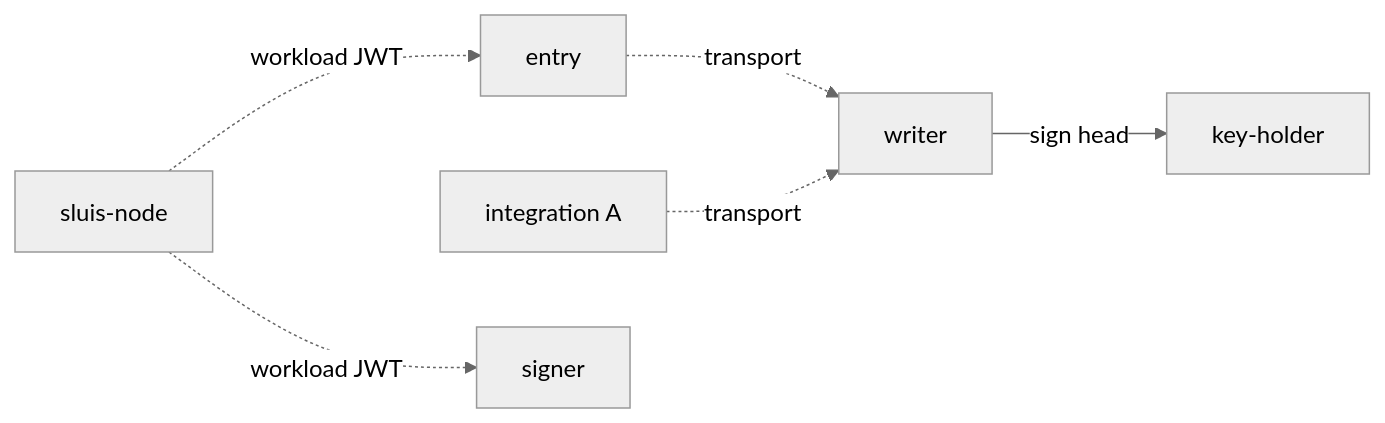
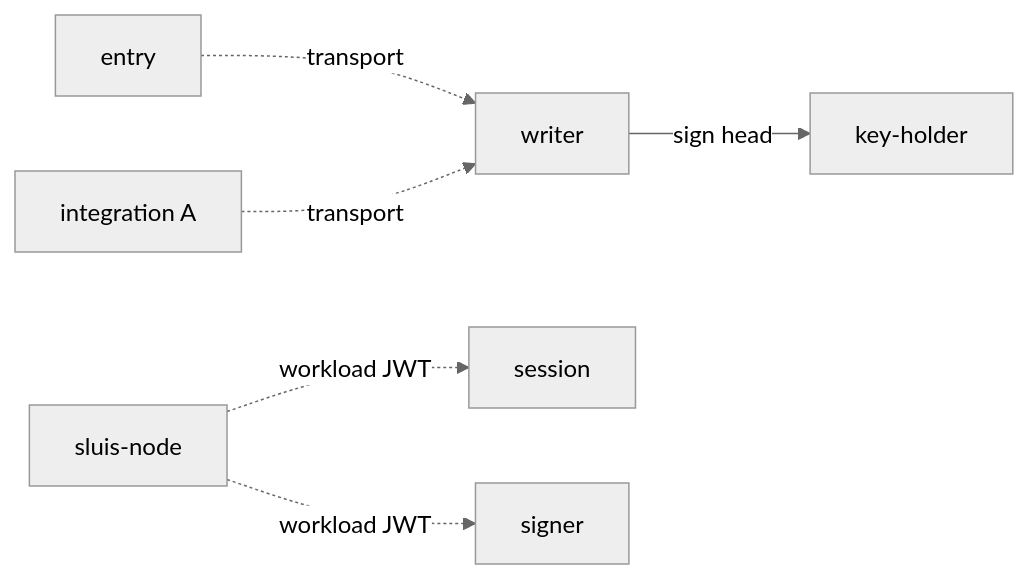
Before and after one commit to truvity/sluis: the third of 3 diagrams in docs/architecture/processes.md, drawn with Mermaid (neutral theme). The commit also changed other lines of this file and 30 other files, not shown here.

````diff
--- a/docs/architecture/processes.md
+++ b/docs/architecture/processes.md
@@ -172,8 +172,8 @@
 ```mermaid
 flowchart LR
   entry["entry"] -.->|"transport"| aw["writer"]
   gh["integration A"] -.->|"transport"| aw
   aw -->|"sign head"| kh["key-holder"]
-  agent["sluis-node"] -.->|"workload JWT"| entry
+  agent["sluis-node"] -.->|"workload JWT"| sess["session"]
   agent -.->|"workload JWT"| signer["signer"]
 ```
````
